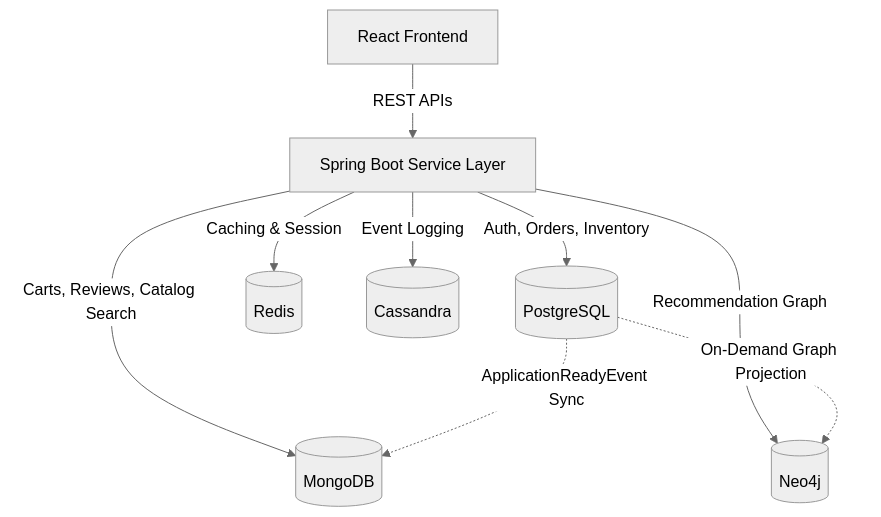
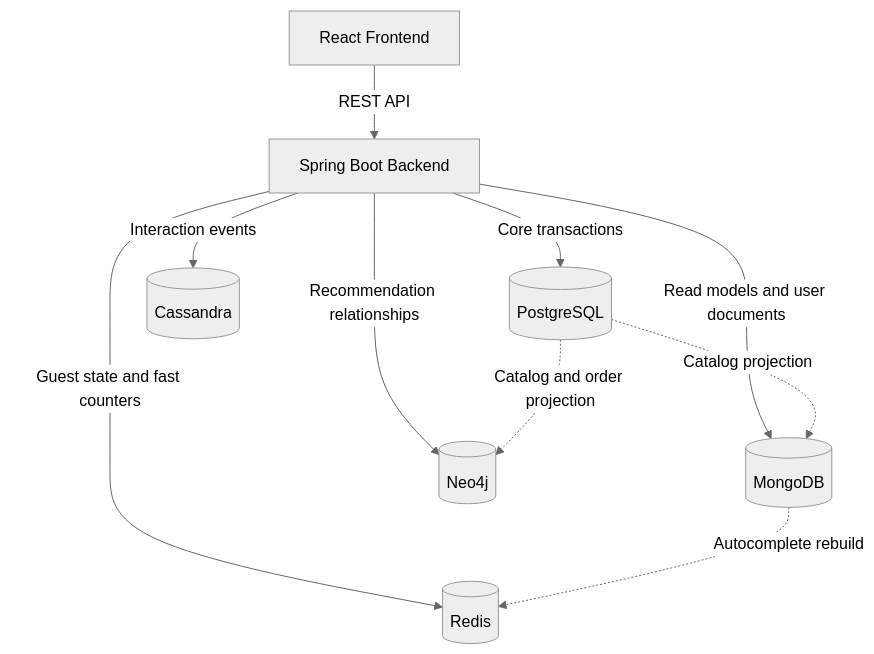
The diagram in README.md (HuyVuCV1011/Bookstore-Management-System), drawn with Mermaid (neutral theme) before and after one commit. The commit also changed other lines of this file and 99 other files, not shown here.

````diff
--- a/README.md
+++ b/README.md
@@ -41,12 +37,13 @@
 ```mermaid
 graph TD
-    Client[React Frontend] -->|REST APIs| API[Spring Boot Service Layer]
-    API -->|Auth, Orders, Inventory| PostgreSQL[(PostgreSQL)]
-    API -->|Carts, Reviews, Catalog Search| MongoDB[(MongoDB)]
-    API -->|Caching & Session| Redis[(Redis)]
-    API -->|Event Logging| Cassandra[(Cassandra)]
-    API -->|Recommendation Graph| Neo4j[(Neo4j)]
+    Client[React Frontend] -->|REST API| API[Spring Boot Backend]
+    API -->|Core transactions| PostgreSQL[(PostgreSQL)]
+    API -->|Read models and user documents| MongoDB[(MongoDB)]
+    API -->|Guest state and fast counters| Redis[(Redis)]
+    API -->|Interaction events| Cassandra[(Cassandra)]
+    API -->|Recommendation relationships| Neo4j[(Neo4j)]
 
-    PostgreSQL -.->|ApplicationReadyEvent Sync| MongoDB
-    PostgreSQL -.->|On-Demand Graph Projection| Neo4j
+    PostgreSQL -.->|Catalog projection| MongoDB
+    MongoDB -.->|Autocomplete rebuild| Redis
+    PostgreSQL -.->|Catalog and order projection| Neo4j
 ```
````
